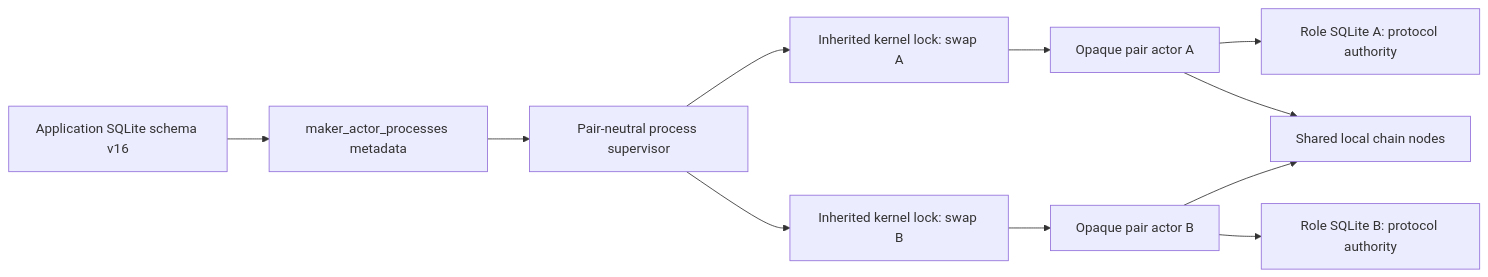
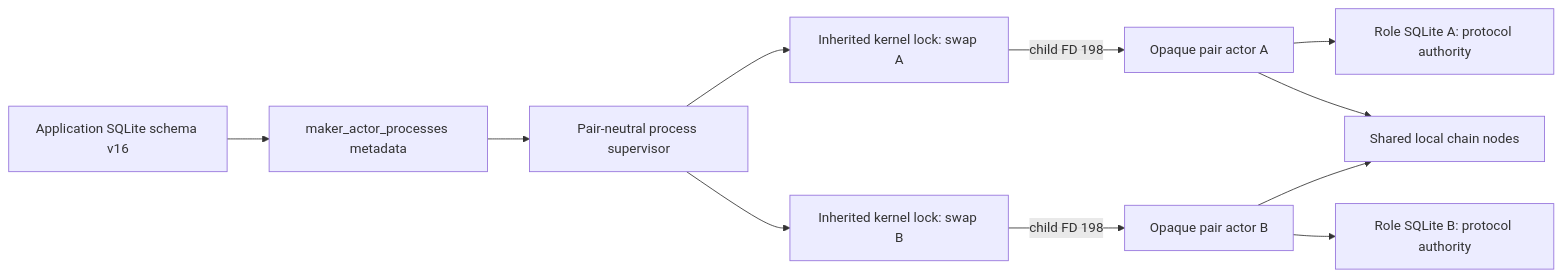
Before and after one commit to gateway-fm/lez-atomic-swaps: the first of 2 diagrams in docs/architecture/0100-fence-maker-actor-process-leases.md, drawn with Mermaid. The commit also changed other lines of this file and 9 other files, not shown here.

````diff
--- a/docs/architecture/0100-fence-maker-actor-process-leases.md
+++ b/docs/architecture/0100-fence-maker-actor-process-leases.md
@@ -53,13 +68,13 @@
 ```mermaid
 flowchart LR
     AppDB["Application SQLite schema v16"] --> Schedule["maker_actor_processes metadata"]
     Schedule --> Supervisor["Pair-neutral process supervisor"]
     Supervisor --> LockA["Inherited kernel lock: swap A"]
     Supervisor --> LockB["Inherited kernel lock: swap B"]
-    LockA --> ActorA["Opaque pair actor A"]
-    LockB --> ActorB["Opaque pair actor B"]
+    LockA -->|"child FD 198"| ActorA["Opaque pair actor A"]
+    LockB -->|"child FD 198"| ActorB["Opaque pair actor B"]
     ActorA --> StateA["Role SQLite A: protocol authority"]
     ActorB --> StateB["Role SQLite B: protocol authority"]
     ActorA --> Nodes["Shared local chain nodes"]
     ActorB --> Nodes
 ```
````
